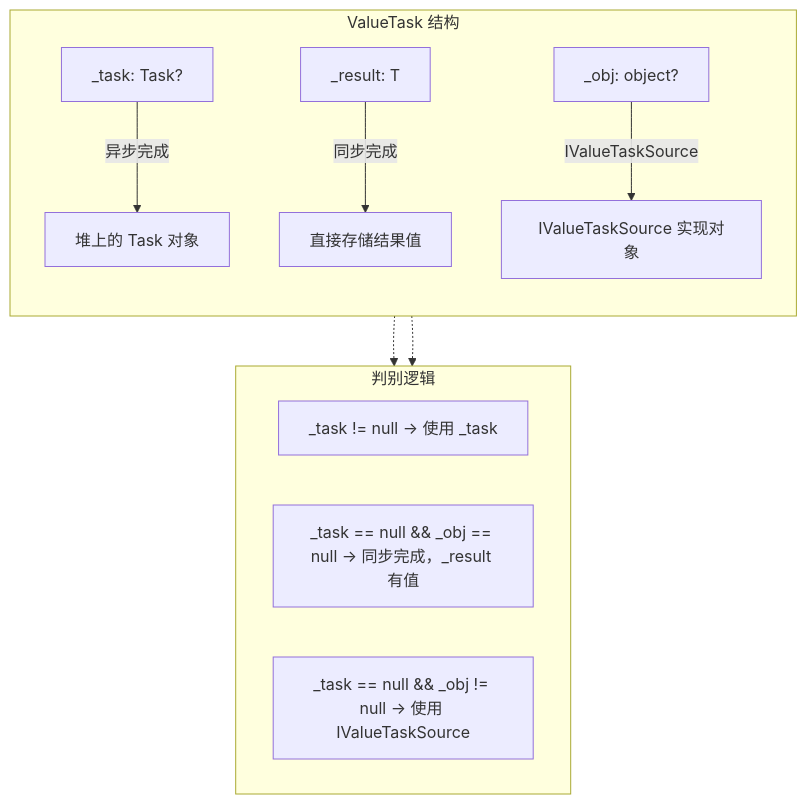
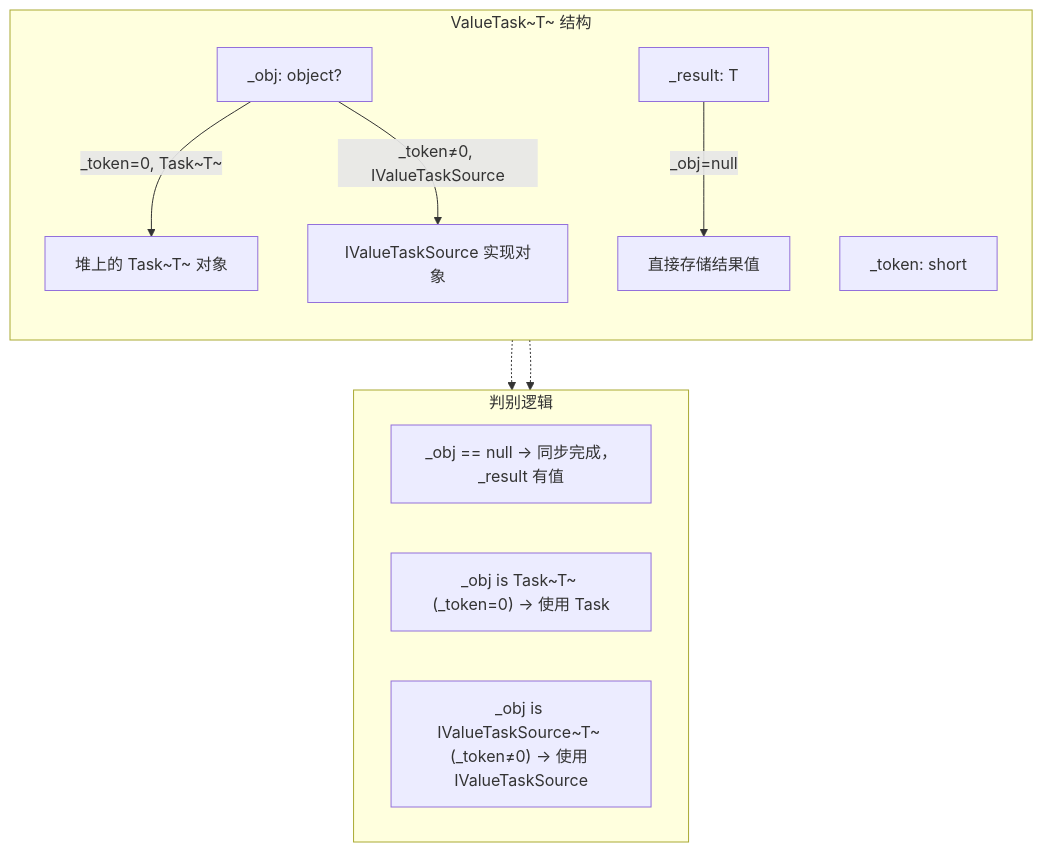
One commit to moklgydocs/moklgydocs.github.io changed the fifth of 11 diagrams in src/后端开发/CSharp/CLR深度/07_异步编程原理/03_SynchronizationContext与ValueTask.md. Above: the diagram before and after it, drawn with Mermaid. The commit also changed other lines of this file and 32 other files, not shown here.

````diff
--- a/src/后端开发/CSharp/CLR深度/07_异步编程原理/03_SynchronizationContext与ValueTask.md
+++ b/src/后端开发/CSharp/CLR深度/07_异步编程原理/03_SynchronizationContext与ValueTask.md
@@ -498,22 +498,22 @@
 ```mermaid
 graph TD
-    subgraph ValueTaskT["ValueTask<T> 结构"]
+    subgraph ValueTaskT["ValueTask~T~ 结构"]
         direction TB
-        VTask["_task: Task<T>?"]
+        VObj["_obj: object?"]
         VResult["_result: T"]
-        VObj["_obj: object?"]
+        VToken["_token: short"]
 
-        VTask -->|异步完成| TaskObj["堆上的 Task<T> 对象"]
-        VResult -->|同步完成| DirectResult["直接存储结果值"]
-        VObj -->|IValueTaskSource| VTSObj["IValueTaskSource 实现对象"]
+        VObj -->|_token=0, Task~T~| TaskObj["堆上的 Task~T~ 对象"]
+        VResult -->|_obj=null| DirectResult["直接存储结果值"]
+        VObj -->|_token≠0, IValueTaskSource| VTSObj["IValueTaskSource 实现对象"]
     end
 
     subgraph Discriminator["判别逻辑"]
-        D1["_task != null → 使用 _task"]
-        D2["_task == null && _obj == null → 同步完成，_result 有值"]
-        D3["_task == null && _obj != null → 使用 IValueTaskSource"]
+        D1["_obj == null → 同步完成，_result 有值"]
+        D2["_obj is Task~T~ (_token=0) → 使用 Task"]
+        D3["_obj is IValueTaskSource~T~ (_token≠0) → 使用 IValueTaskSource"]
     end
 
-    VTask -.-> Discriminator
     VObj -.-> Discriminator
+    VToken -.-> Discriminator
 ```
````
